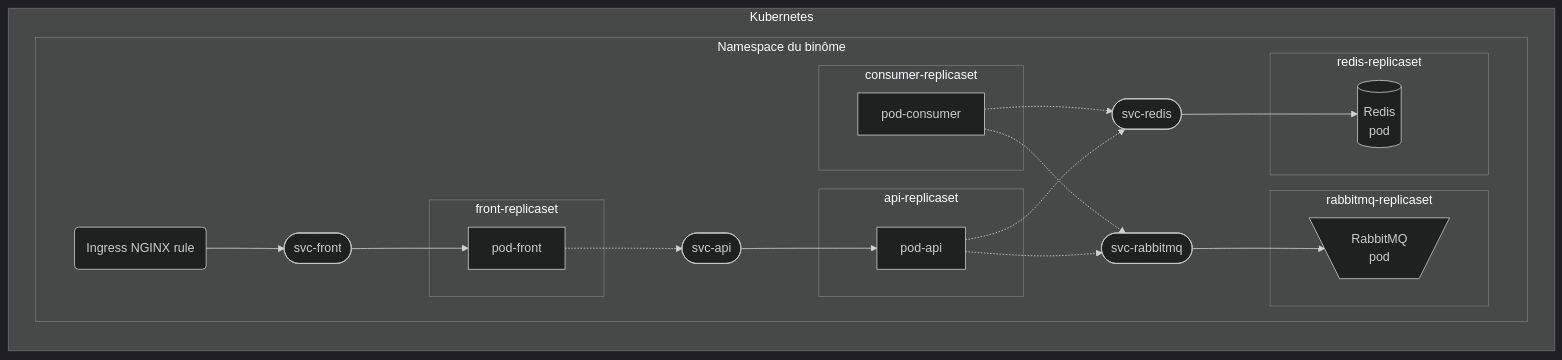
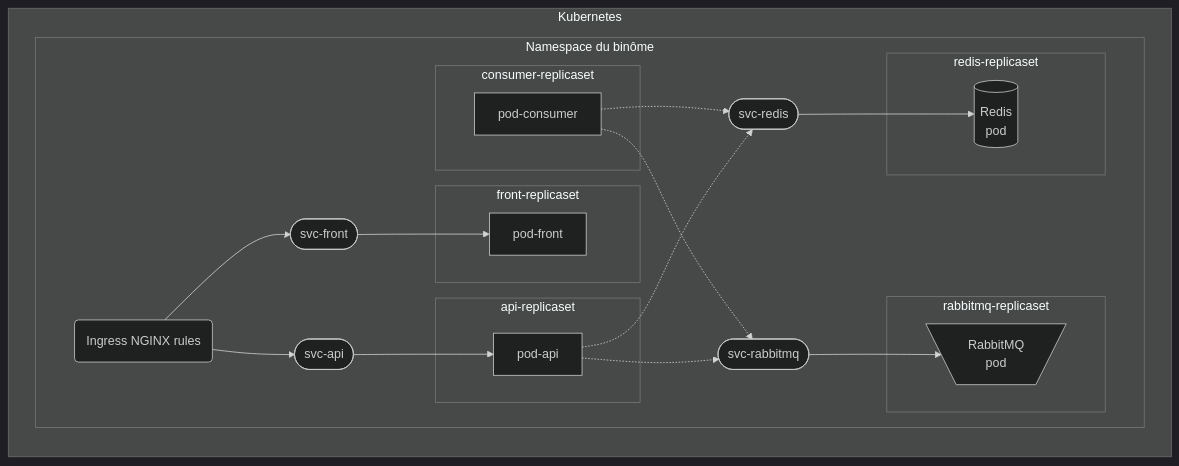
One commit to JeromeMSD/module_virtualisation-et-cloud-computing changed the third of 5 diagrams in projet.md. Above: the diagram before and after it, drawn with Mermaid (dark theme). The commit also changed other lines of this file, not shown here.

````diff
--- a/projet.md
+++ b/projet.md
@@ -161,34 +161,34 @@
 ```mermaid
  graph LR
     subgraph "Kubernetes"
     subgraph "Namespace du binôme"
     subgraph "front-replicaset"
       pod-front
     end
     subgraph "api-replicaset"
       pod-api
     end
     subgraph "redis-replicaset"
       pod-redis[("Redis
                   pod")]
     end
     subgraph "rabbitmq-replicaset"
       pod-rabbitmq[\" RabbitMQ
                       pod"/]
     end
     subgraph "consumer-replicaset"
       pod-consumer
     end
-    svc-front([svc-front]) --> pod-front
     svc-api([svc-api]) --> pod-api
     svc-redis([svc-redis]) --> pod-redis
     svc-rabbitmq([svc-rabbitmq]) --> pod-rabbitmq
     pod-consumer -.-> svc-rabbitmq
     pod-consumer -.-> svc-redis
-    pod-front -.-> svc-api
     pod-api -.-> svc-redis
     pod-api -.-> svc-rabbitmq
-    ing(Ingress NGINX rule) --> svc-front
+    ing --> svc-api
+    ing(Ingress NGINX rules) --> svc-front
+    svc-front([svc-front]) --> pod-front
     end
     end
 ```
````
